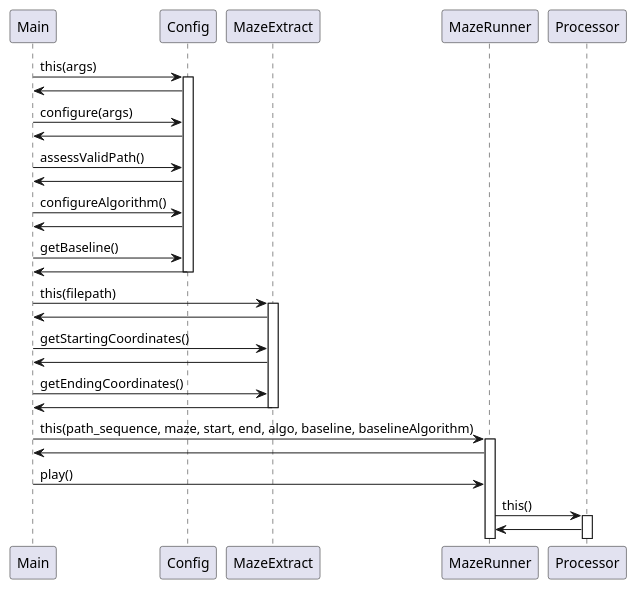
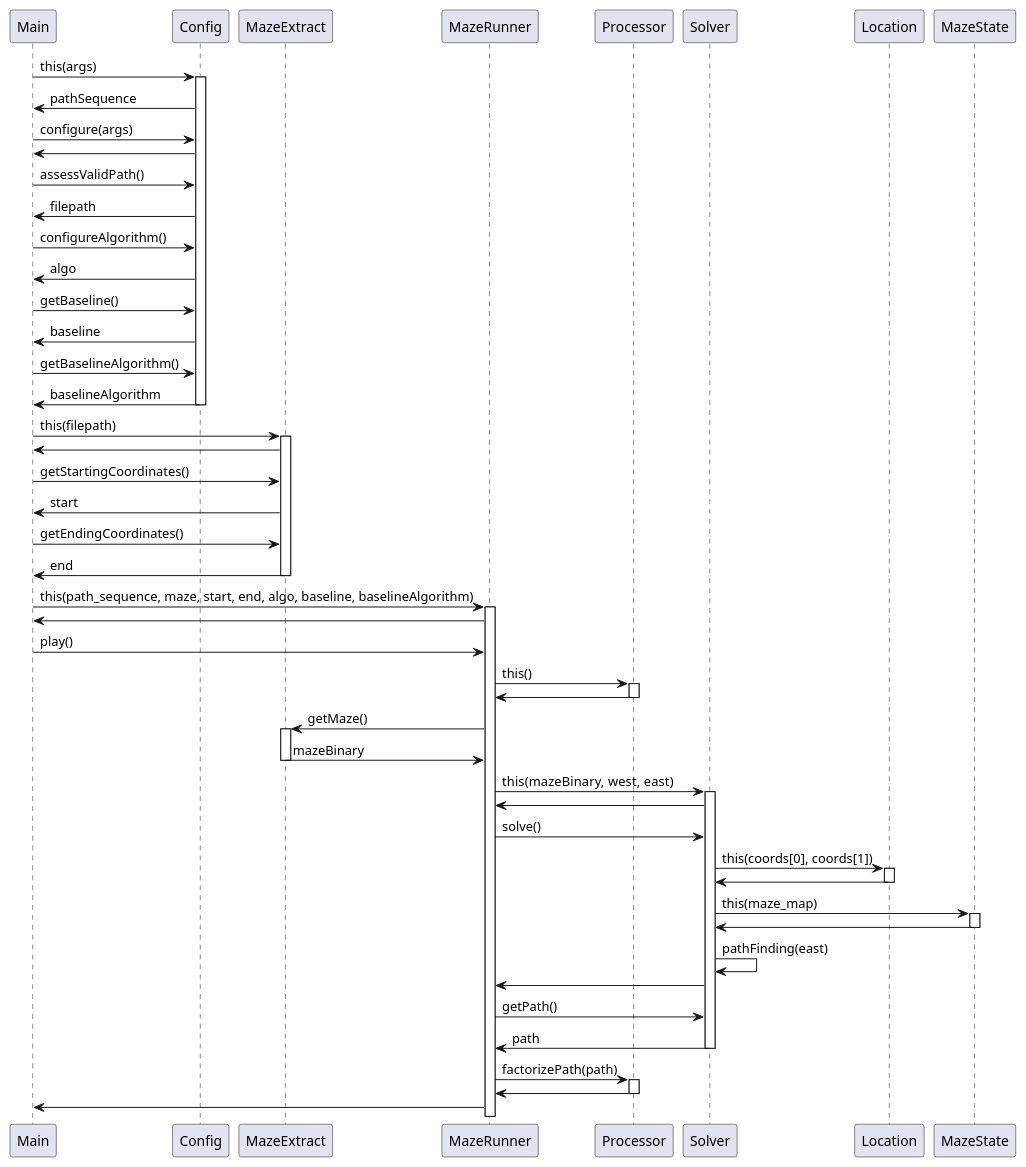
The diagram in src/plantuml/sequence.plantuml (vikramC04/maze-runner), drawn with PlantUML before and after one commit. The commit also changed 19 other files, not shown here.

```diff
--- a/src/plantuml/sequence.plantuml
+++ b/src/plantuml/sequence.plantuml
@@ -1,38 +1,67 @@
-@startuml High Level Sequence Diagram
+@startuml Path Generation Sequence Diagram
 
 participant Main
 participant Config
 participant MazeExtract
 
 Main -> Config: this(args)
 activate Config
-Config -> Main:
+Config -> Main: pathSequence
 Main -> Config: configure(args) 
 Config -> Main:
 Main -> Config: assessValidPath()
-Config -> Main:
+Config -> Main: filepath
 Main -> Config: configureAlgorithm()
-Config -> Main:
+Config -> Main: algo
 Main -> Config: getBaseline()
-Config -> Main:
+Config -> Main: baseline
+Main -> Config: getBaselineAlgorithm()
+Config -> Main: baselineAlgorithm
 deactivate Config
 
 Main -> MazeExtract: this(filepath)
 activate MazeExtract
 MazeExtract -> Main:
 Main -> MazeExtract: getStartingCoordinates()
-MazeExtract -> Main:
+MazeExtract -> Main: start
 Main -> MazeExtract: getEndingCoordinates()
-MazeExtract -> Main:
+MazeExtract -> Main: end
 deactivate MazeExtract
 
 Main -> MazeRunner: this(path_sequence, maze, start, end, algo, baseline, baselineAlgorithm)
 activate MazeRunner
 MazeRunner -> Main:
 Main -> MazeRunner: play()
 MazeRunner -> Processor: this()
 activate Processor
 Processor -> MazeRunner:
+deactivate Processor
 
+MazeRunner -> MazeExtract: getMaze()
+activate MazeExtract
+MazeExtract -> MazeRunner: mazeBinary
+deactivate MazeExtract
 
+MazeRunner -> Solver: this(mazeBinary,  west, east)
+activate Solver
+Solver -> MazeRunner:
+MazeRunner -> Solver: solve()
+Solver -> Location: this(coords[0], coords[1])
+activate Location
+Location -> Solver:
+deactivate Location
+Solver -> MazeState: this(maze_map)
+activate MazeState
+MazeState -> Solver:
+deactivate MazeState
+Solver -> Solver: pathFinding(east)
+Solver -> MazeRunner:
+MazeRunner -> Solver: getPath()
+Solver -> MazeRunner: path
+deactivate Solver
+MazeRunner -> Processor: factorizePath(path)
+activate Processor
+Processor -> MazeRunner:
+deactivate Processor
+MazeRunner -> Main:
 @enduml
```
